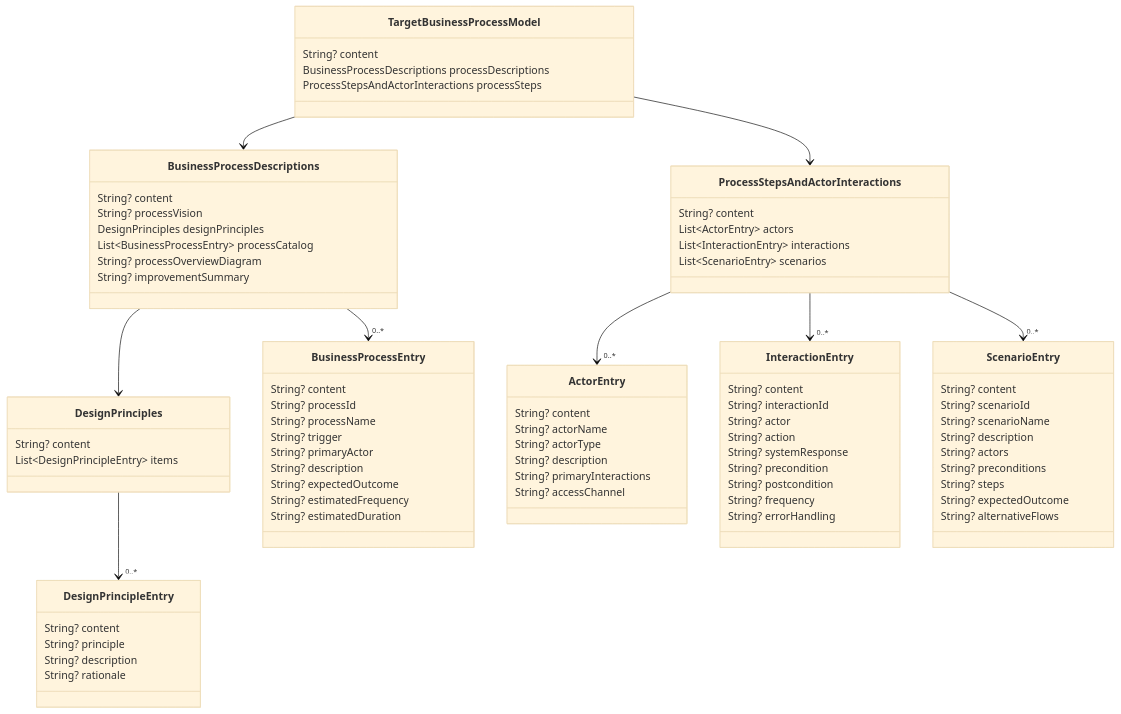
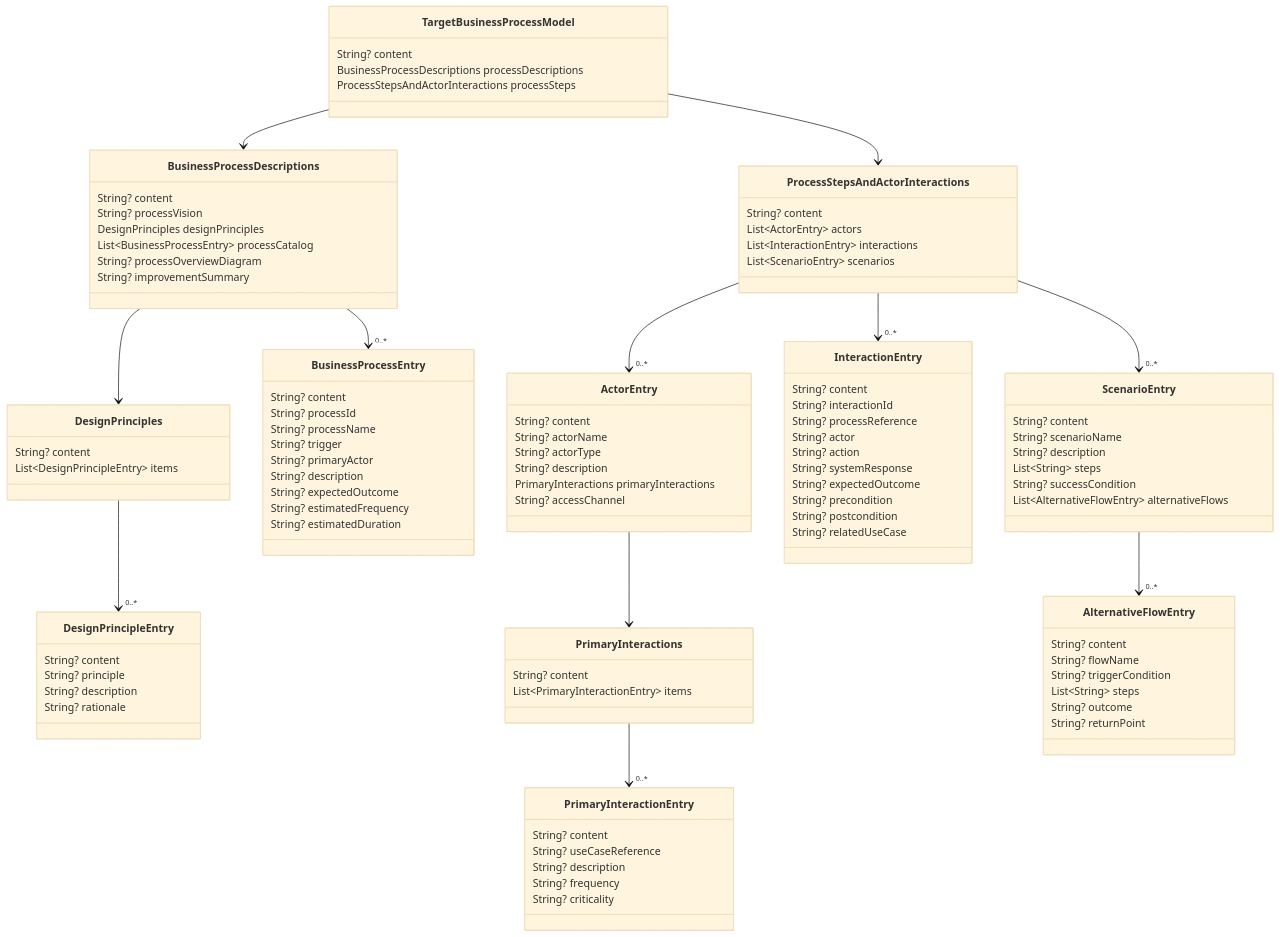
One commit to al-the-bear/tom_ai_build changed diagram 14 of 22 in tom_specs_model/doc/pd_project_definition_model.md. Above: the diagram before and after it, drawn with Mermaid (base theme). The commit also changed other lines of this file and 15 other files, not shown here.

````diff
--- a/tom_specs_model/doc/pd_project_definition_model.md
+++ b/tom_specs_model/doc/pd_project_definition_model.md
@@ -791,32 +1022,52 @@
         String? actorName
         String? actorType
         String? description
-        String? primaryInteractions
+        PrimaryInteractions primaryInteractions
         String? accessChannel
+    }
+
+    class PrimaryInteractions {
+        String? content
+        List~PrimaryInteractionEntry~ items
+    }
+
+    class PrimaryInteractionEntry {
+        String? content
+        String? useCaseReference
+        String? description
+        String? frequency
+        String? criticality
     }
 
     class InteractionEntry {
         String? content
         String? interactionId
+        String? processReference
         String? actor
         String? action
         String? systemResponse
+        String? expectedOutcome
         String? precondition
         String? postcondition
-        String? frequency
-        String? errorHandling
+        String? relatedUseCase
     }
 
     class ScenarioEntry {
         String? content
-        String? scenarioId
         String? scenarioName
         String? description
-        String? actors
-        String? preconditions
-        String? steps
-        String? expectedOutcome
-        String? alternativeFlows
+        List~String~ steps
+        String? successCondition
+        List~AlternativeFlowEntry~ alternativeFlows
+    }
+
+    class AlternativeFlowEntry {
+        String? content
+        String? flowName
+        String? triggerCondition
+        List~String~ steps
+        String? outcome
+        String? returnPoint
     }
 
     TargetBusinessProcessModel --> BusinessProcessDescriptions
@@ -827,4 +1078,7 @@
     ProcessStepsAndActorInteractions --> "0..*" ActorEntry
     ProcessStepsAndActorInteractions --> "0..*" InteractionEntry
     ProcessStepsAndActorInteractions --> "0..*" ScenarioEntry
+    ActorEntry --> PrimaryInteractions
+    PrimaryInteractions --> "0..*" PrimaryInteractionEntry
+    ScenarioEntry --> "0..*" AlternativeFlowEntry
 ```
````
